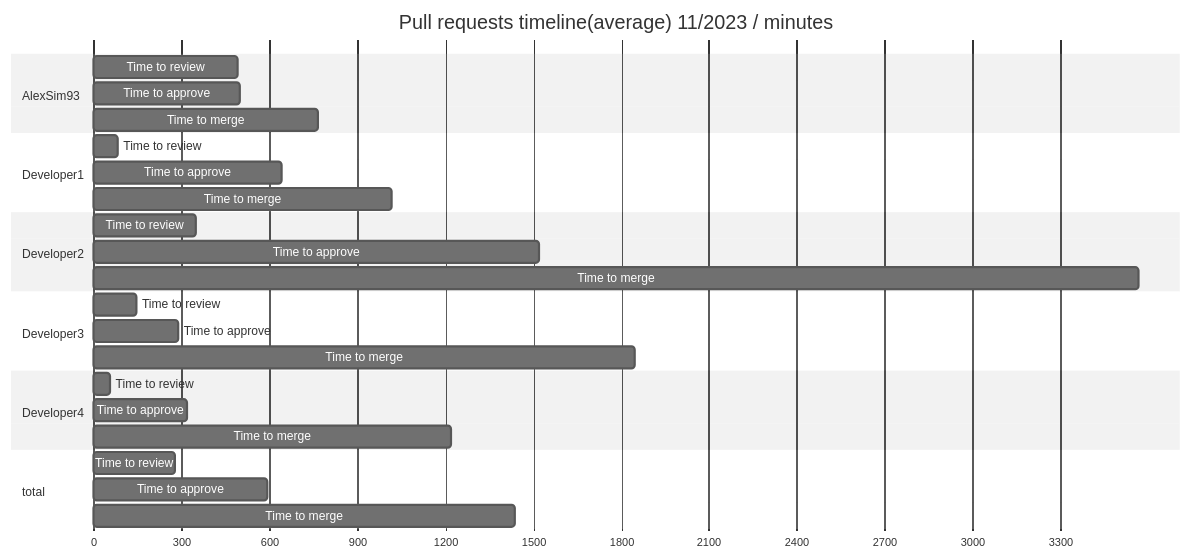
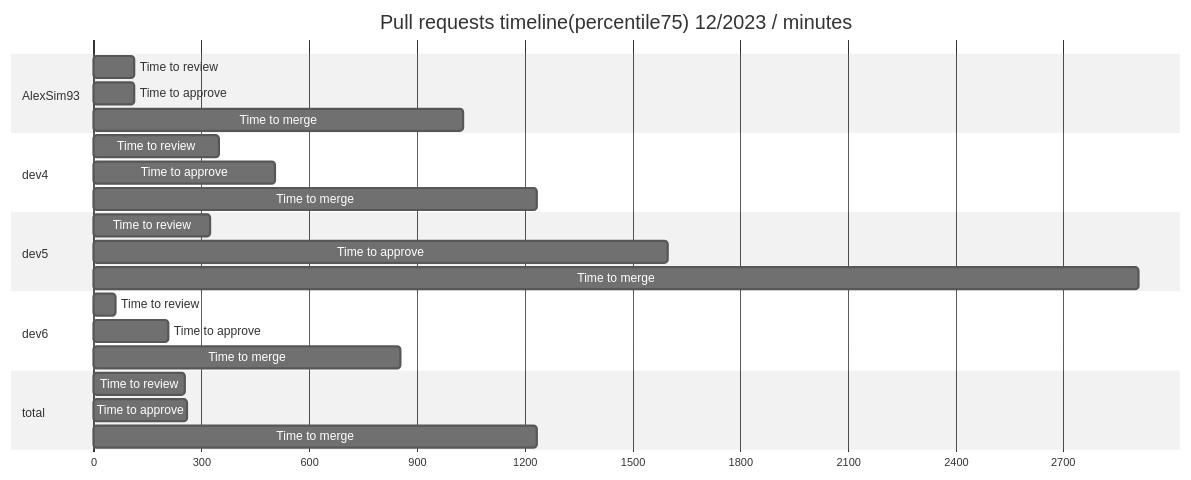
Before and after one commit to AlexSim93/pull-request-analytics-action: the first of 20 diagrams in examples/nPRsReport.md, drawn with Mermaid (neutral theme). The commit also changed other lines of this file and 3 other files, not shown here.

````diff
--- a/examples/nPRsReport.md
+++ b/examples/nPRsReport.md
@@ -135,36 +40,31 @@
 ```mermaid
 gantt
-title Pull requests timeline(average) 11/2023 / minutes
+title Pull requests timeline(percentile75) 12/2023 / minutes
 dateFormat X
 axisFormat %s
 section AlexSim93
-                Time to review :  0, 493
-Time to approve :  0, 499
-Time to merge :  0, 767
-        
-section Developer1
-                Time to review :  0, 84
-Time to approve :  0, 641
-Time to merge :  0, 1016
-        
-section Developer2
+                Time to review :  0, 113
+Time to approve :  0, 113
+Time to merge :  0, 1030
+
+section dev4
                 Time to review :  0, 348
-Time to approve :  0, 1521
-Time to merge :  0, 3566
-        
-section Developer3
-                Time to review :  0, 146
-Time to approve :  0, 290
-Time to merge :  0, 1846
-        
-section Developer4
-                Time to review :  0, 55
-Time to approve :  0, 320
-Time to merge :  0, 1221
-        
+Time to approve :  0, 506
+Time to merge :  0, 1233
+
+section dev5
+                Time to review :  0, 325
+Time to approve :  0, 1600
+Time to merge :  0, 2910
+
+section dev6
+                Time to review :  0, 60
+Time to approve :  0, 207
+Time to merge :  0, 854
+
 section total
-                Time to review :  0, 278
-Time to approve :  0, 593
-Time to merge :  0, 1437
-        
+                Time to review :  0, 254
+Time to approve :  0, 260
+Time to merge :  0, 1233
+
 ```
````
